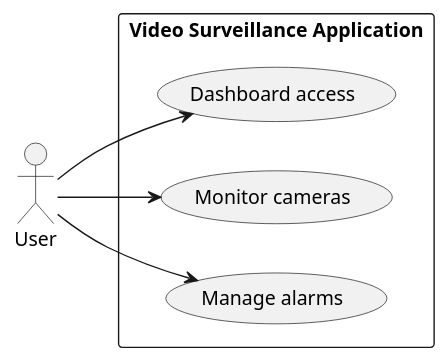
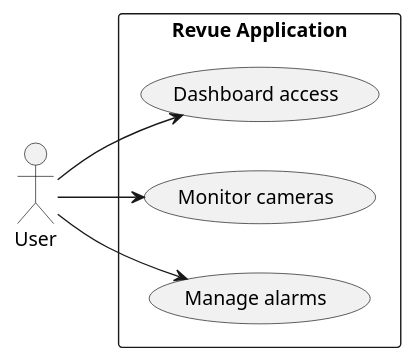
The diagram in docs/uml/UseCase.plantuml (revue-org/revue), drawn with PlantUML before and after one commit. The commit also changed 2 other files, not shown here.

Commit message:
docs(uml): add deployment and microservice diagrams

```diff
--- a/docs/uml/UseCase.plantuml
+++ b/docs/uml/UseCase.plantuml
@@ -1,12 +1,12 @@
 @startuml
 left to right direction
 actor "User" as fc
-rectangle "Video Surveillance Application" {
+rectangle "Revue Application" {
   usecase "Dashboard access" as UC1
   usecase "Monitor cameras" as UC2
   usecase "Manage alarms" as UC3
 }
 fc --> UC1
 fc --> UC2
 fc --> UC3
 @enduml
```
